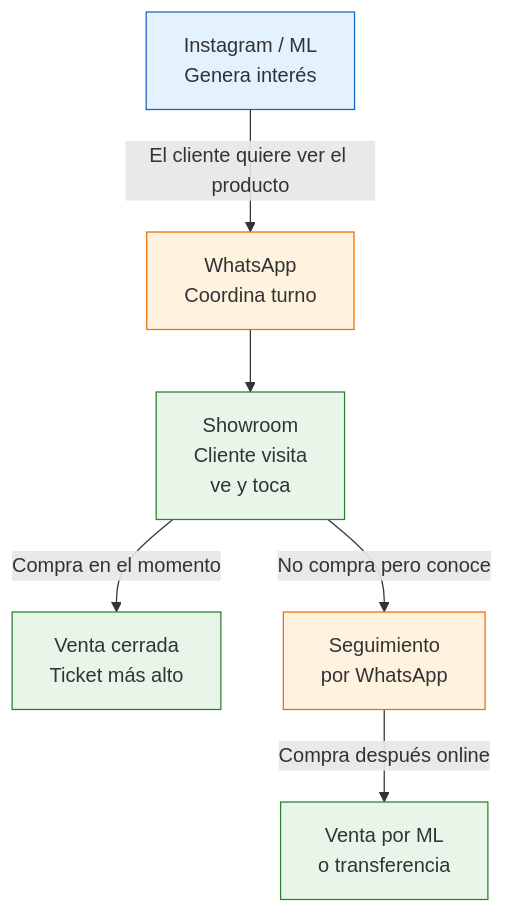
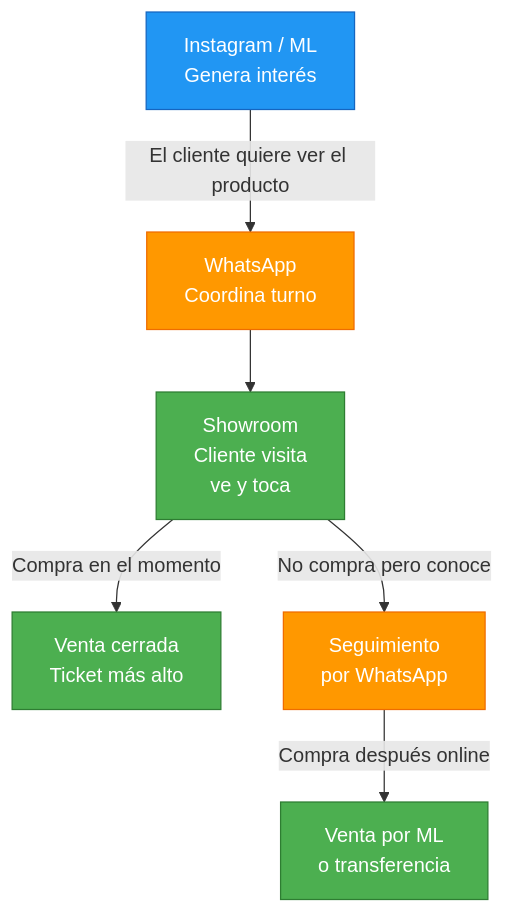
Before and after one commit to barrosignacioezequiel-coder/docs: the diagram in app/paso1-argentina/crecer-gestionar/showroom-online-combo.mdx, drawn with Mermaid. The commit also changed 66 other files, not shown here.

First line of the commit message:
fix: resolve Mermaid v11 numbered list errors + improve contrast

````diff
--- a/app/paso1-argentina/crecer-gestionar/showroom-online-combo.mdx
+++ b/app/paso1-argentina/crecer-gestionar/showroom-online-combo.mdx
@@ -22,15 +22,15 @@
 ```mermaid
 graph TD
     A["Instagram / ML<br/>Genera interés"] -->|"El cliente quiere ver el producto"| B["WhatsApp<br/>Coordina turno"]
     B --> C["Showroom<br/>Cliente visita<br/>ve y toca"]
     C -->|"Compra en el momento"| D["Venta cerrada<br/>Ticket más alto"]
     C -->|"No compra pero conoce"| E["Seguimiento<br/>por WhatsApp"]
     E -->|"Compra después online"| F["Venta por ML<br/>o transferencia"]
 
-    style A fill:#e3f2fd,stroke:#1565c0
-    style B fill:#fff3e0,stroke:#ef6c00
-    style C fill:#e8f5e9,stroke:#2e7d32
-    style D fill:#e8f5e9,stroke:#2e7d32
-    style E fill:#fff3e0,stroke:#ef6c00
-    style F fill:#e8f5e9,stroke:#2e7d32
+    style A fill:#2196f3,stroke:#1565c0,color:#fff
+    style B fill:#ff9800,stroke:#ef6c00,color:#fff
+    style C fill:#4caf50,stroke:#2e7d32,color:#fff
+    style D fill:#4caf50,stroke:#2e7d32,color:#fff
+    style E fill:#ff9800,stroke:#ef6c00,color:#fff
+    style F fill:#4caf50,stroke:#2e7d32,color:#fff
 ```
````
